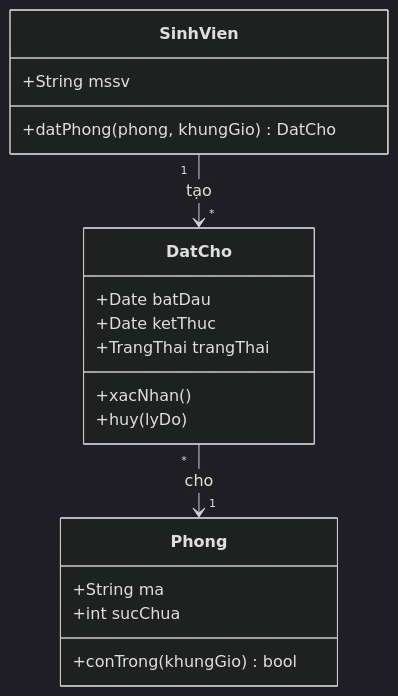
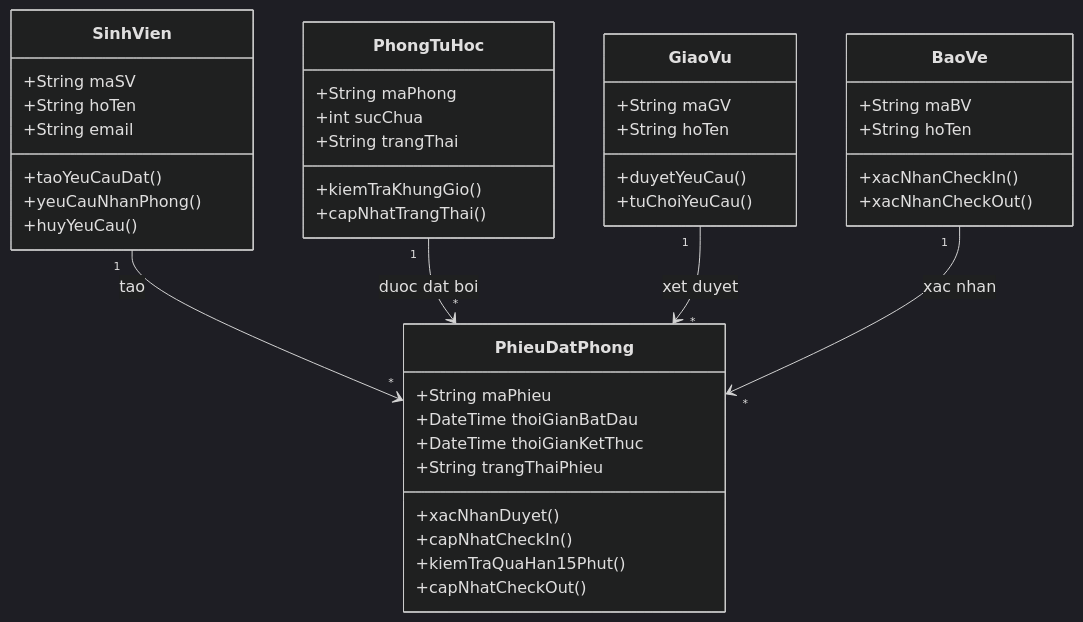
One commit to rh06-coding/se100-nhom-01 changed the diagram in diagrams/xem.md. Above: the diagram before and after it, drawn with Mermaid (dark theme). The commit also changed other lines of this file and 7 other files, not shown here.

Commit message:
Hoan thien thiet lap moc M0, cap nhat anh deploy va CI workflow

````diff
--- a/diagrams/xem.md
+++ b/diagrams/xem.md
@@ -3,21 +5,45 @@
 ```mermaid
 classDiagram
-  class Phong {
-    +String ma
+  class SinhVien {
+    +String maSV
+    +String hoTen
+    +String email
+    +taoYeuCauDat()
+    +yeuCauNhanPhong()
+    +huyYeuCau()
+  }
+  class PhongTuHoc {
+    +String maPhong
     +int sucChua
-    +conTrong(khungGio) bool
+    +String trangThai
+    +kiemTraKhungGio()
+    +capNhatTrangThai()
   }
-  class DatCho {
-    +Date batDau
-    +Date ketThuc
-    +TrangThai trangThai
-    +xacNhan()
-    +huy(lyDo)
+  class GiaoVu {
+    +String maGV
+    +String hoTen
+    +duyetYeuCau()
+    +tuChoiYeuCau()
   }
-  class SinhVien {
-    +String mssv
-    +datPhong(phong, khungGio) DatCho
+  class BaoVe {
+    +String maBV
+    +String hoTen
+    +xacNhanCheckIn()
+    +xacNhanCheckOut()
   }
-  SinhVien "1" --> "*" DatCho : tạo
-  DatCho "*" --> "1" Phong : cho
+  class PhieuDatPhong {
+    +String maPhieu
+    +DateTime thoiGianBatDau
+    +DateTime thoiGianKetThuc
+    +String trangThaiPhieu
+    +xacNhanDuyet()
+    +capNhatCheckIn()
+    +kiemTraQuaHan15Phut()
+    +capNhatCheckOut()
+  }
+
+  SinhVien "1" --> "*" PhieuDatPhong : tao
+  PhongTuHoc "1" --> "*" PhieuDatPhong : duoc dat boi
+  GiaoVu "1" --> "*" PhieuDatPhong : xet duyet
+  BaoVe "1" --> "*" PhieuDatPhong : xac nhan
 ```
````
